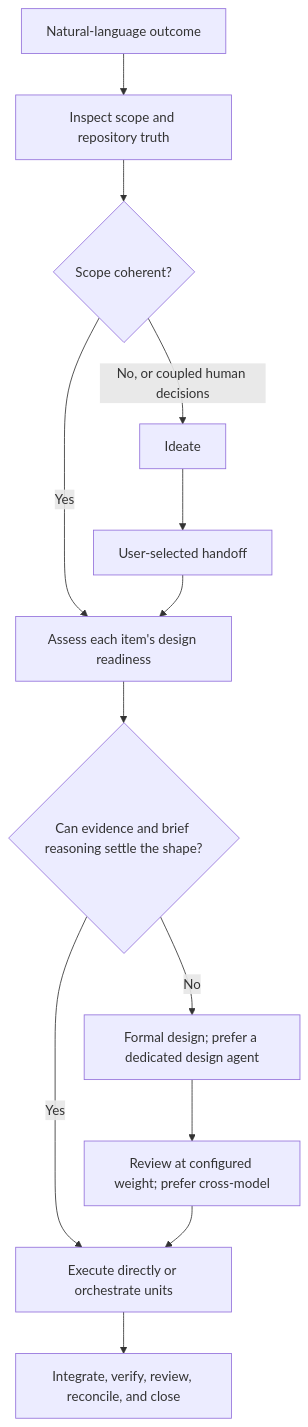
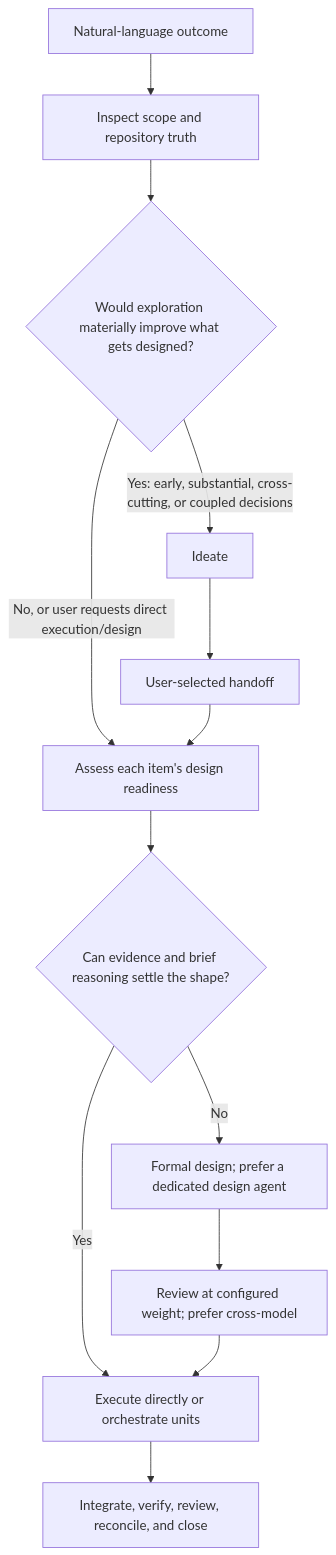
Before and after one commit to nklisch/skills: the diagram in plugins/workbench/skills/work/SKILL.md, drawn with Mermaid. The commit also changed other lines of this file and 16 other files, not shown here.

````diff
--- a/plugins/workbench/skills/work/SKILL.md
+++ b/plugins/workbench/skills/work/SKILL.md
@@ -20,15 +21,15 @@
 ```mermaid
 flowchart TD
     A["Natural-language outcome"] --> B["Inspect scope and repository truth"]
-    B --> C{"Scope coherent?"}
-    C -- "No, or coupled human decisions" --> D["Ideate"]
+    B --> C{"Would exploration materially improve what gets designed?"}
+    C -- "Yes: early, substantial, cross-cutting, or coupled decisions" --> D["Ideate"]
     D --> E["User-selected handoff"]
-    C -- "Yes" --> F["Assess each item's design readiness"]
+    C -- "No, or user requests direct execution/design" --> F["Assess each item's design readiness"]
     E --> F
     F --> G{"Can evidence and brief reasoning settle the shape?"}
     G -- "Yes" --> H["Execute directly or orchestrate units"]
     G -- "No" --> I["Formal design; prefer a dedicated design agent"]
     I --> J["Review at configured weight; prefer cross-model"]
     J --> H
     H --> K["Integrate, verify, review, reconcile, and close"]
 ```
````
